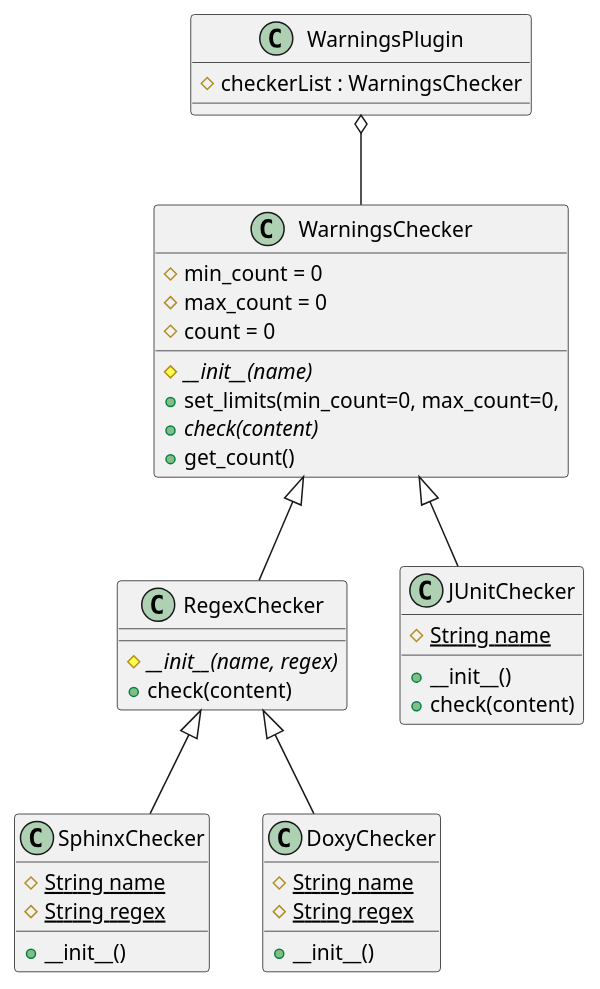
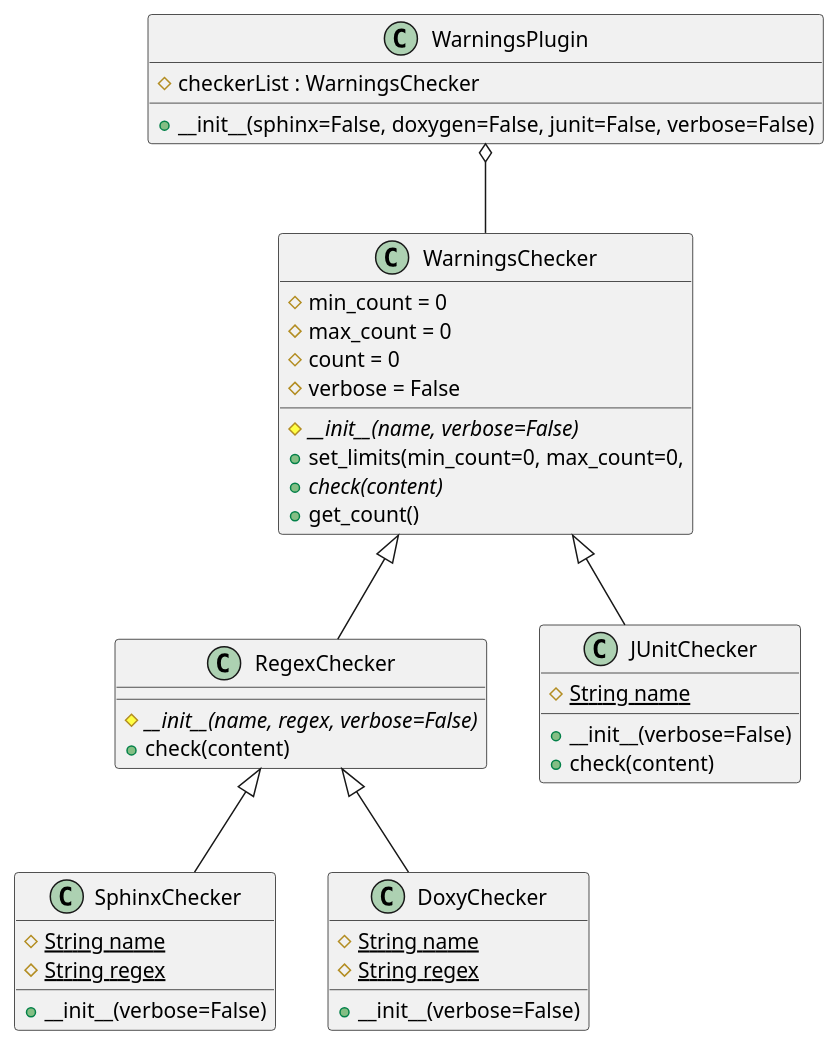
The diagram in docs/design.rst (melexis/warnings-plugin), drawn with PlantUML before and after one commit. The commit also changed 2 other files, not shown here.

Commit message:
Add trial for verbose flag
Verbosity needs to summarize the found warnings to the terminal

```diff
--- a/docs/design.rst
+++ b/docs/design.rst
@@ -13,48 +13,50 @@
 .. uml::
 
     @startuml
     class WarningsPlugin {
         #checkerList : WarningsChecker
+        +__init__(sphinx=False, doxygen=False, junit=False, verbose=False)
     }
 
     class WarningsChecker {
         #min_count = 0
         #max_count = 0
         #count = 0
+        #verbose = False
 
-        #{abstract} __init__(name)
+        #{abstract} __init__(name, verbose=False)
         +set_limits(min_count=0, max_count=0,
         +{abstract}check(content)
         +get_count()
     }
 
     class RegexChecker {
-        #{abstract} __init__(name, regex)
+        #{abstract} __init__(name, regex, verbose=False)
         +check(content)
     }
 
     class SphinxChecker {
         #{static} String name
         #{static} String regex
-        +__init__()
+        +__init__(verbose=False)
     }
 
     class DoxyChecker {
         #{static} String name
         #{static} String regex
-        +__init__()
+        +__init__(verbose=False)
     }
 
     class JUnitChecker {
         #{static} String name
-        +__init__()
+        +__init__(verbose=False)
         +check(content)
     }
 
     WarningsPlugin o-- WarningsChecker
     WarningsChecker <|-- RegexChecker
     RegexChecker <|-- SphinxChecker
     RegexChecker <|-- DoxyChecker
     WarningsChecker <|-- JUnitChecker
 
     @enduml
```
